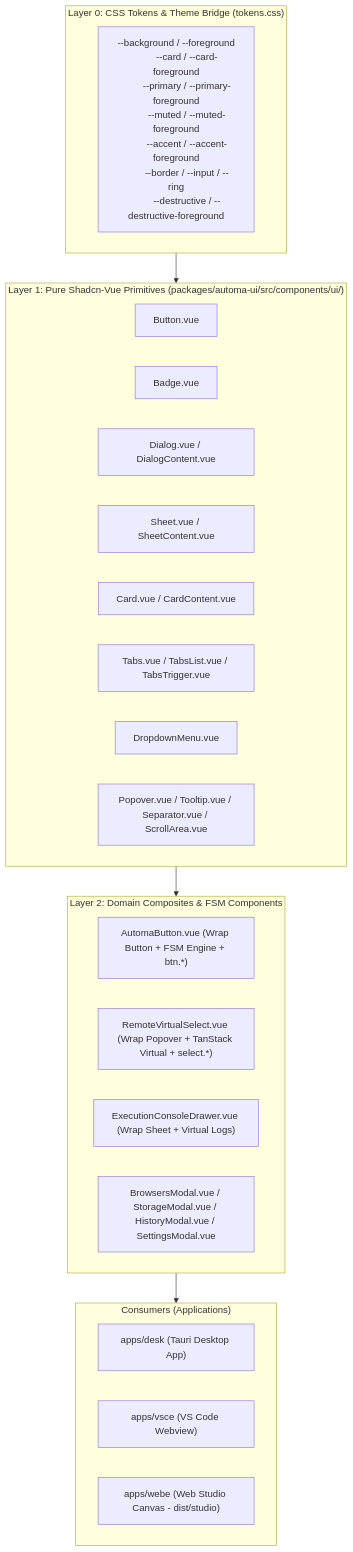
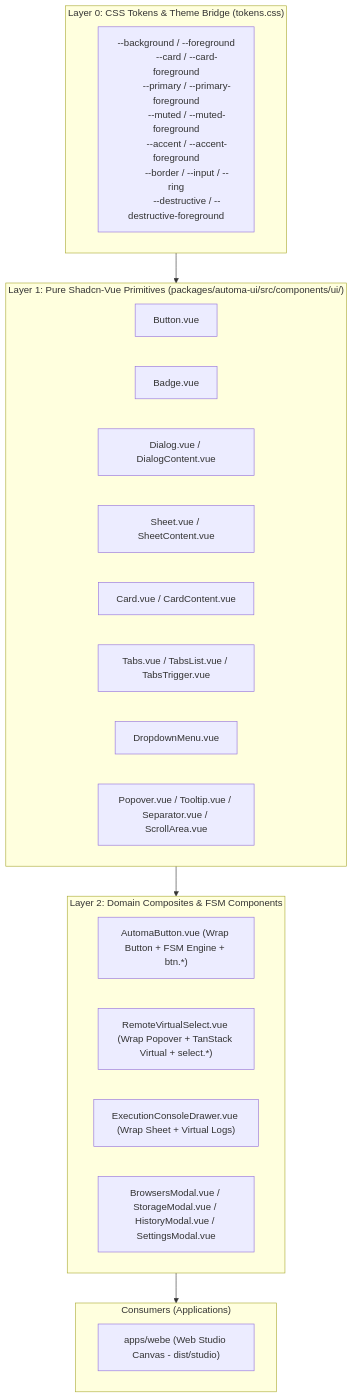
Before and after one commit to tuquet/automa: the diagram in skills/automa-shadcn/SKILL.md, drawn with Mermaid. The commit also changed other lines of this file and 30 other files, not shown here.

````diff
--- a/skills/automa-shadcn/SKILL.md
+++ b/skills/automa-shadcn/SKILL.md
@@ -16,38 +16,36 @@
 ```mermaid
 flowchart TD
     subgraph Layer0 ["Layer 0: CSS Tokens & Theme Bridge (tokens.css)"]
         Tokens["--background / --foreground
         --card / --card-foreground
         --primary / --primary-foreground
         --muted / --muted-foreground
         --accent / --accent-foreground
         --border / --input / --ring
         --destructive / --destructive-foreground"]
     end
 
     subgraph Layer1 ["Layer 1: Pure Shadcn-Vue Primitives (packages/automa-ui/src/components/ui/)"]
         Button["Button.vue"]
         Badge["Badge.vue"]
         Dialog["Dialog.vue / DialogContent.vue"]
         Sheet["Sheet.vue / SheetContent.vue"]
         Card["Card.vue / CardContent.vue"]
         Tabs["Tabs.vue / TabsList.vue / TabsTrigger.vue"]
         Dropdown["DropdownMenu.vue"]
         Popover["Popover.vue / Tooltip.vue / Separator.vue / ScrollArea.vue"]
     end
 
     subgraph Layer2 ["Layer 2: Domain Composites & FSM Components"]
         AutomaBtn["AutomaButton.vue (Wrap Button + FSM Engine + btn.*)"]
         RemoteSelect["RemoteVirtualSelect.vue (Wrap Popover + TanStack Virtual + select.*)"]
         ConsoleDrawer["ExecutionConsoleDrawer.vue (Wrap Sheet + Virtual Logs)"]
         DomainModals["BrowsersModal.vue / StorageModal.vue / HistoryModal.vue / SettingsModal.vue"]
     end
 
     subgraph Consumers ["Consumers (Applications)"]
-        Desk["apps/desk (Tauri Desktop App)"]
-        VSCE["apps/vsce (VS Code Webview)"]
         WebE["apps/webe (Web Studio Canvas - dist/studio)"]
     end
 
     Layer0 --> Layer1 --> Layer2 --> Consumers
 ```
````
